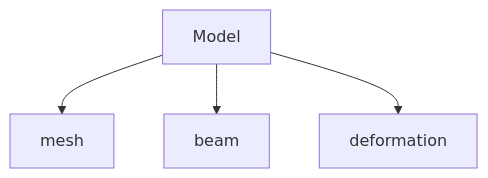
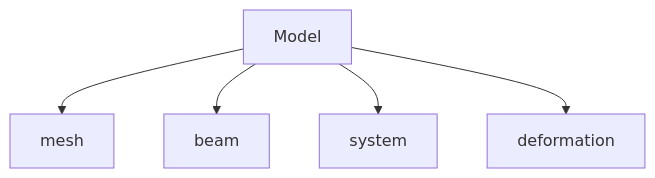
One commit to airinnova/framat changed the first of 11 diagrams in docs/source/api/result_api.rst. Above: the diagram before and after it, drawn with Mermaid. The commit also changed other lines of this file and 14 other files, not shown here.

```diff
--- a/docs/source/api/result_api.rst
+++ b/docs/source/api/result_api.rst
@@ -10,7 +10,8 @@
 .. mermaid::
 
     graph TD
     A[Model]
     A --> F0[mesh]
     A --> F1[beam]
-    A --> F2[deformation]
+    A --> F2[system]
+    A --> F3[deformation]
```
